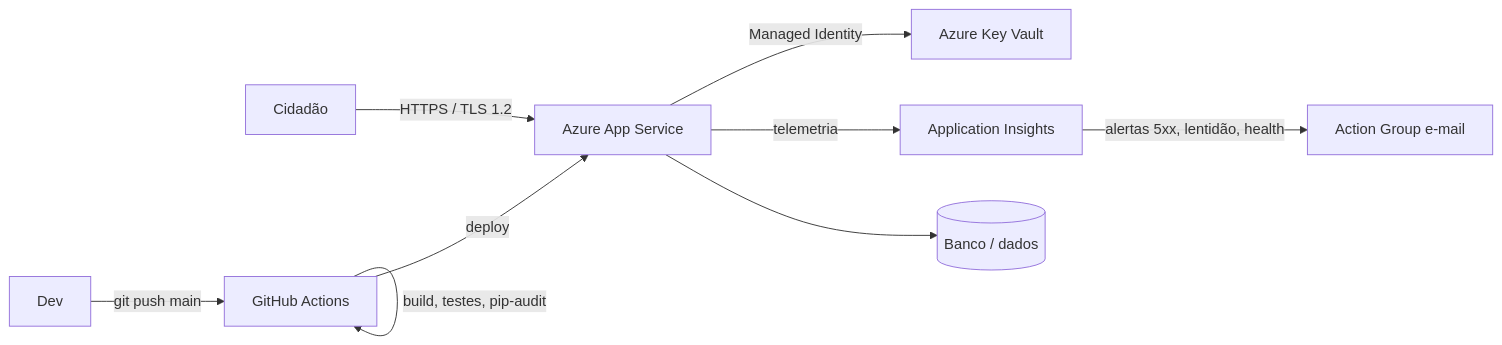
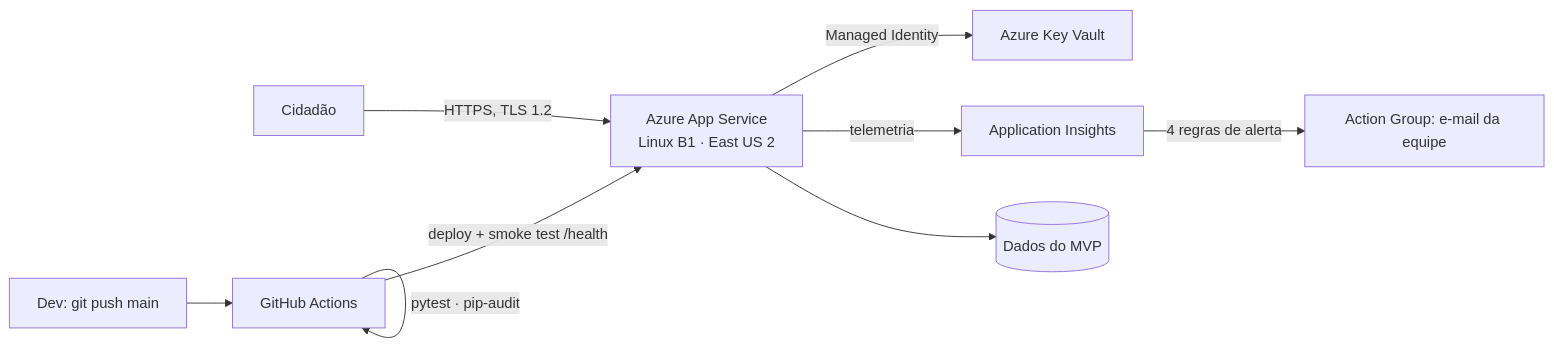
One commit to delpadre/CidadeViva-Cloud changed the diagram in README.md. Above: the diagram before and after it, drawn with Mermaid. The commit also changed other lines of this file, not shown here.

````diff
--- a/README.md
+++ b/README.md
@@ -7,11 +34,11 @@
 ```mermaid
 flowchart LR
-    U[Cidadão] -->|HTTPS / TLS 1.2| APP[Azure App Service]
-    DEV[Dev] -->|git push main| GH[GitHub Actions]
-    GH -->|build, testes, pip-audit| GH
-    GH -->|deploy| APP
+    U[Cidadão] -->|HTTPS, TLS 1.2| APP[Azure App Service<br/>Linux B1 · East US 2]
+    DEV[Dev: git push main] --> GH[GitHub Actions]
+    GH -->|pytest · pip-audit| GH
+    GH -->|deploy + smoke test /health| APP
     APP -->|Managed Identity| KV[Azure Key Vault]
     APP -->|telemetria| AI[Application Insights]
-    AI -->|alertas 5xx, lentidão, health| AG[Action Group e-mail]
-    APP --> DB[(Banco / dados)]
+    AI -->|4 regras de alerta| AG[Action Group: e-mail da equipe]
+    APP --> DADOS[(Dados do MVP)]
 ```
````
